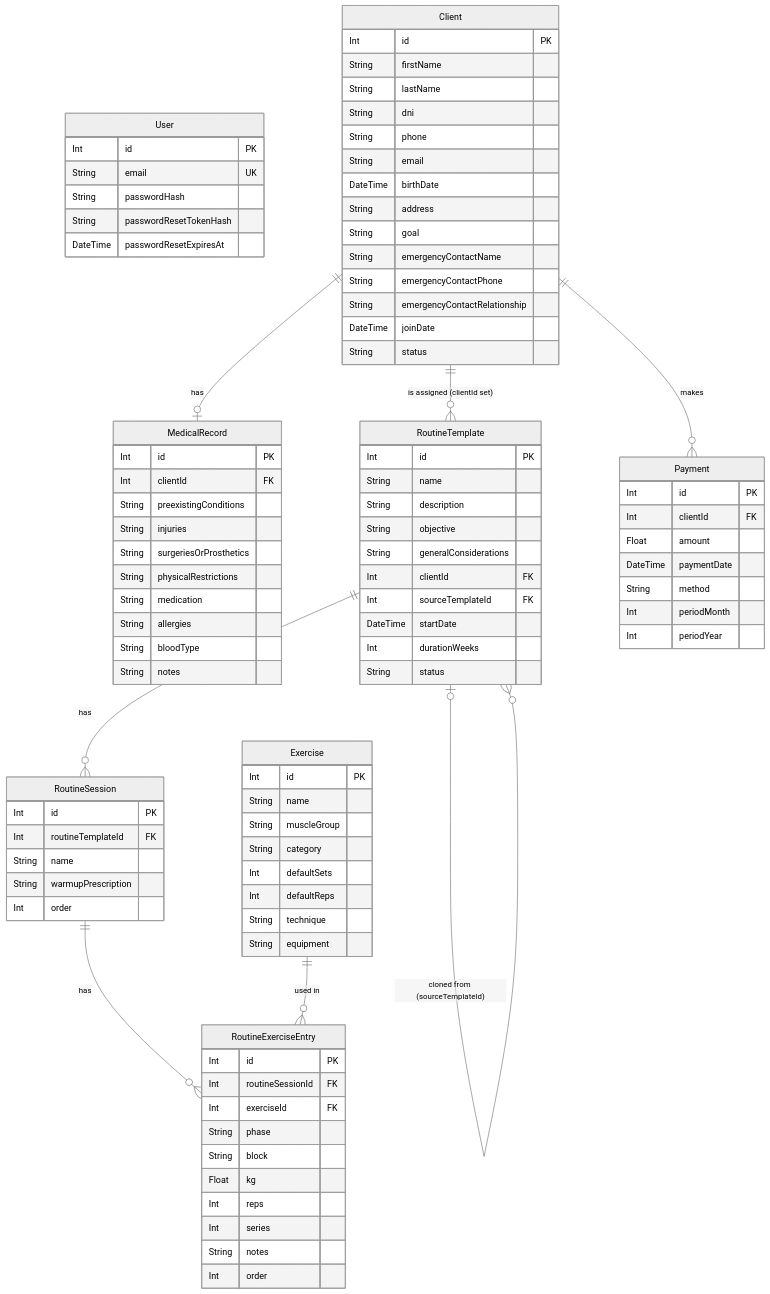
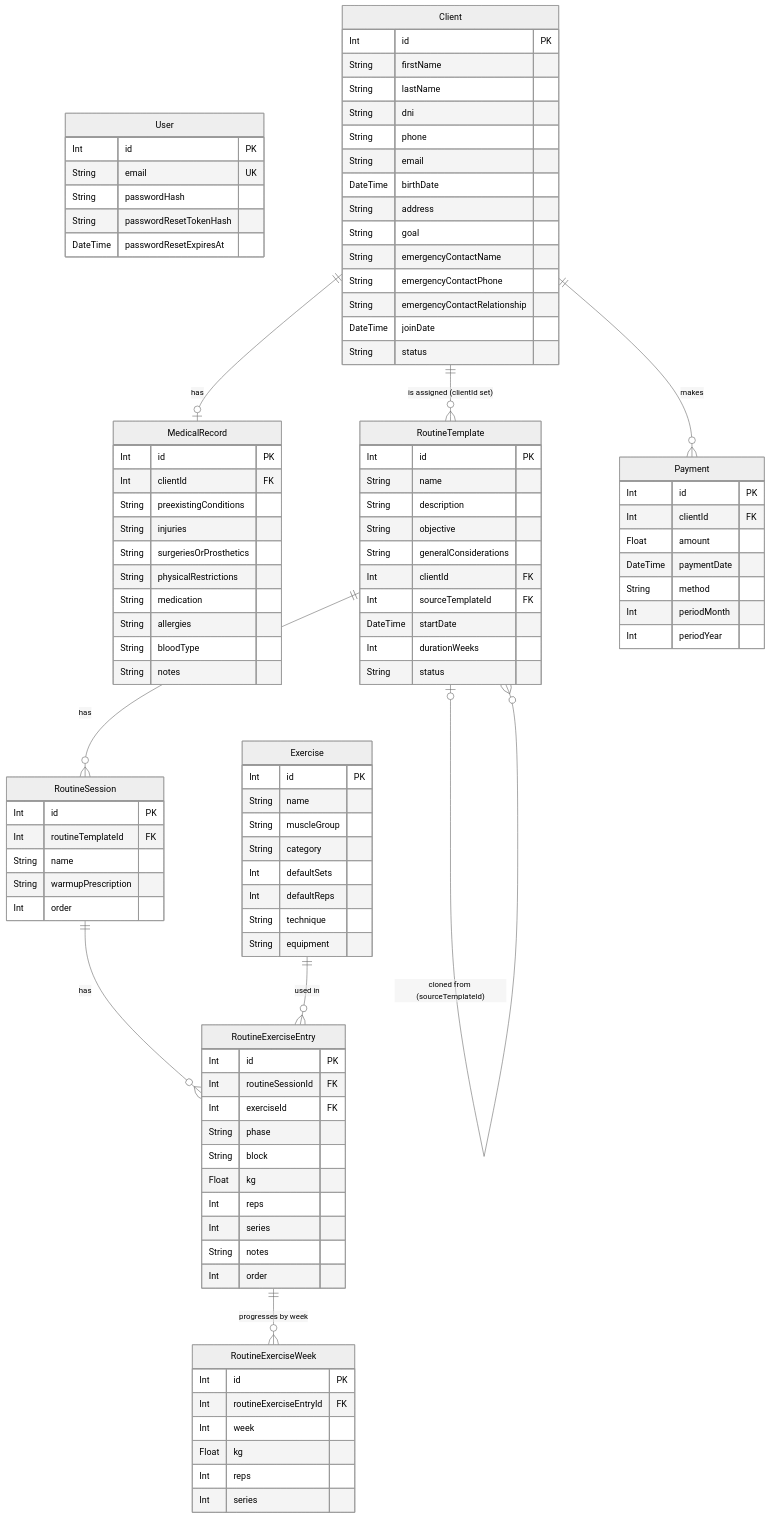
One commit to leortega33/AI4Devs-finalproject changed the diagram in docs/data-model.md. Above: the diagram before and after it, drawn with Mermaid (neutral theme). The commit also changed other lines of this file and 28 other files, not shown here.

Commit message:
feat(routines): optional weekly progression per exercise entry (US-018)

````diff
--- a/docs/data-model.md
+++ b/docs/data-model.md
@@ -220,6 +232,14 @@
         String notes
         Int order
     }
+    RoutineExerciseWeek {
+        Int id PK
+        Int routineExerciseEntryId FK
+        Int week
+        Float kg
+        Int reps
+        Int series
+    }
     Payment {
         Int id PK
         Int clientId FK
@@ -238,4 +258,5 @@
     RoutineTemplate |o--o{ RoutineTemplate : "cloned from (sourceTemplateId)"
     RoutineSession ||--o{ RoutineExerciseEntry : "has"
     Exercise ||--o{ RoutineExerciseEntry : "used in"
+    RoutineExerciseEntry ||--o{ RoutineExerciseWeek : "progresses by week"
 ```
````
